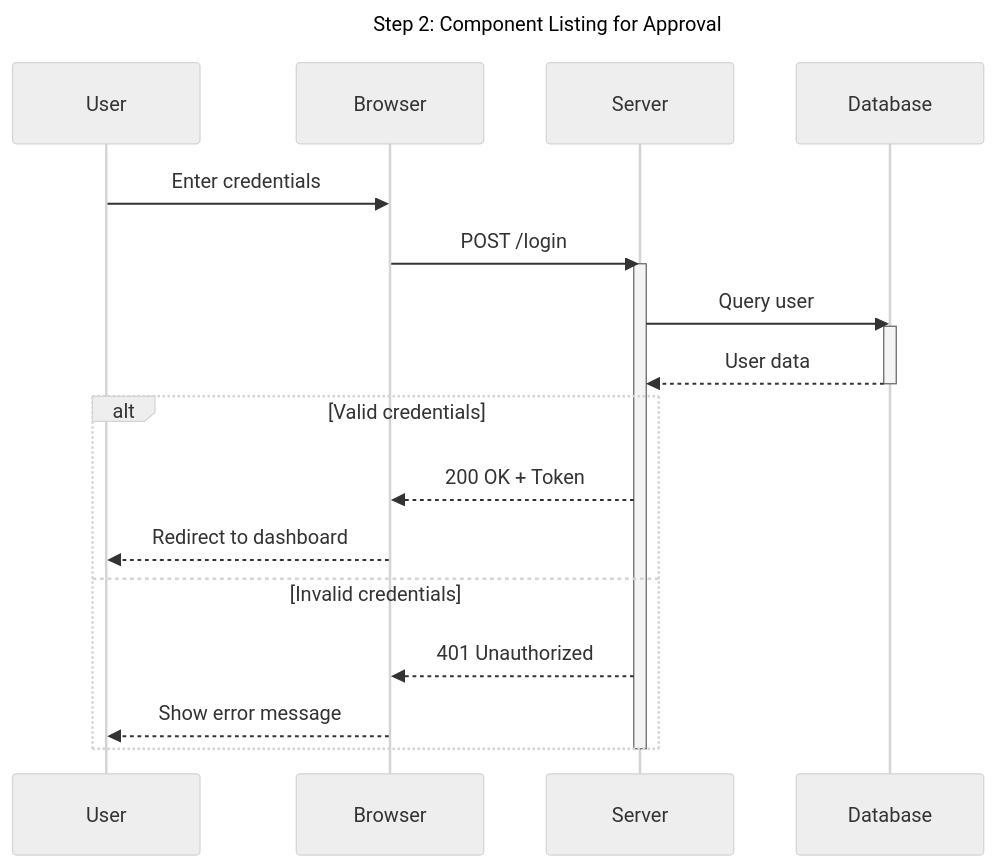
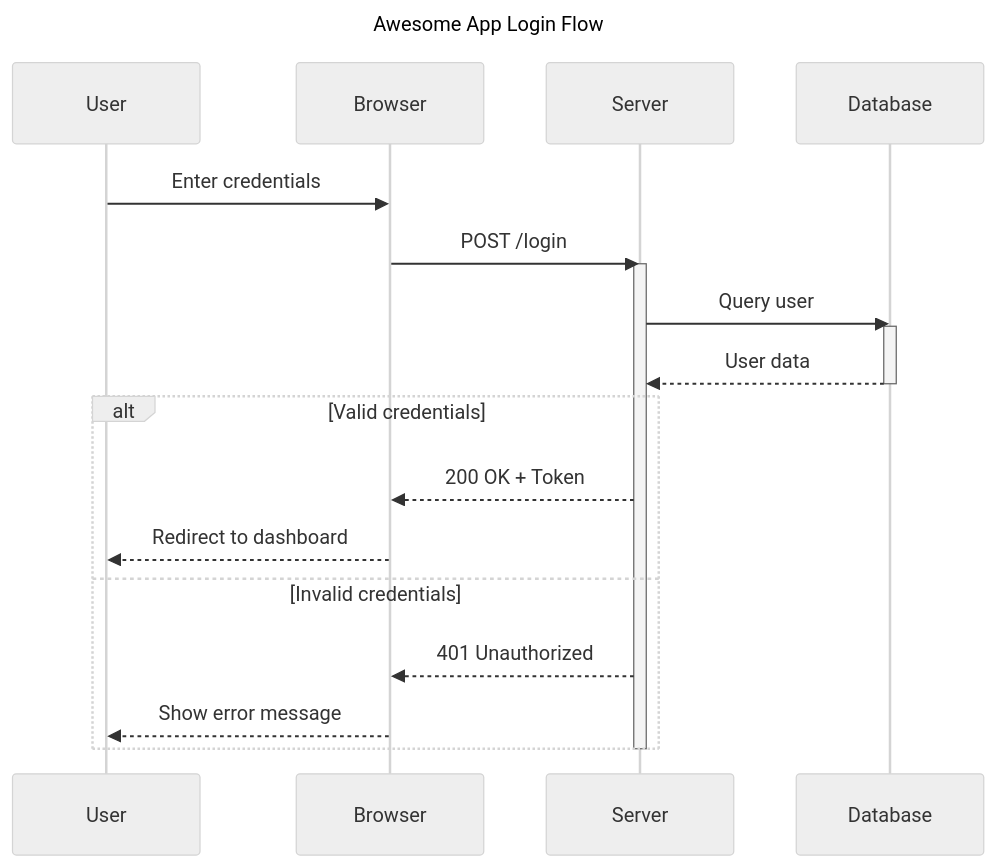
Before and after one commit to onlyutkarsh/mermaid-diagram-lens: the diagram in examples/sequence.mmd, drawn with Mermaid (neutral theme). The commit also changed 4 other files, not shown here.

First line of the commit message:
feat(docs): enhance README and add example diagrams

```diff
--- a/examples/sequence.mmd
+++ b/examples/sequence.mmd
@@ -1,25 +1,25 @@
 ---
-title: "Step 2: Component Listing for Approval"
+title: "Awesome App Login Flow"
 ---
 sequenceDiagram
     participant User
     participant Browser
     participant Server
     participant Database
 
     User->>Browser: Enter credentials
     Browser->>Server: POST /login
     activate Server
     Server->>Database: Query user
     activate Database
     Database-->>Server: User data
     deactivate Database
 
     alt Valid credentials
         Server-->>Browser: 200 OK + Token
         Browser-->>User: Redirect to dashboard
     else Invalid credentials
         Server-->>Browser: 401 Unauthorized
         Browser-->>User: Show error message
     end
     deactivate Server
```
